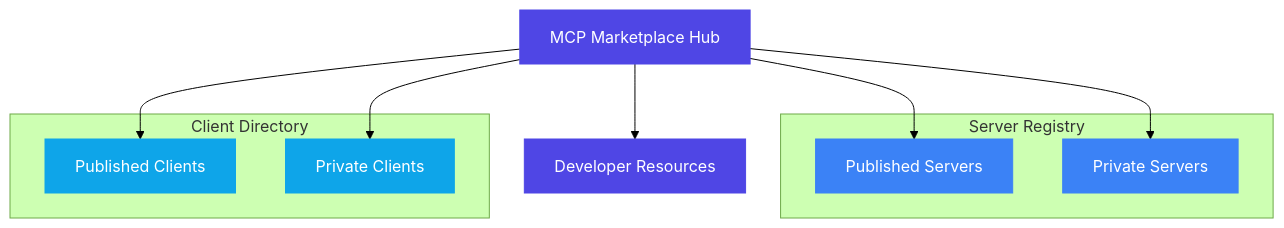
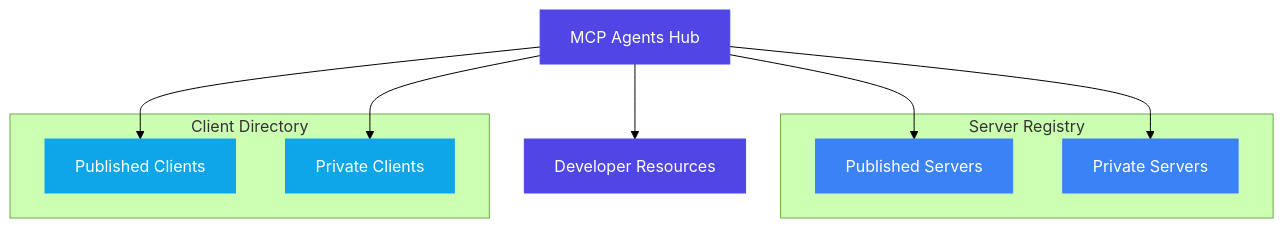
One commit to rajbos/mcp-agents-hub changed the second of 2 diagrams in README.md. Above: the diagram before and after it, drawn with Mermaid (forest theme). The commit also changed other lines of this file, not shown here.

````diff
--- a/README.md
+++ b/README.md
@@ -78,28 +78,28 @@
 ```mermaid
 graph TD
-    M[MCP Marketplace Hub]
+    M[MCP Agents Hub]
     
     subgraph "Server Registry"
         S1[Published Servers]
         S2[Private Servers]
     end
     
     subgraph "Client Directory"
         C1[Published Clients]
         C2[Private Clients]
     end
     
     M --> S1
     M --> S2
     M --> C1
     M --> C2
     M --> M3[Developer Resources]
     
     classDef marketplace fill:#4f46e5,stroke:#4f46e5,color:white;
     classDef servers fill:#3b82f6,stroke:#3b82f6,color:white;
     classDef clients fill:#0ea5e9,stroke:#0ea5e9,color:white;
     
     class M,M3 marketplace;
     class S1,S2 servers;
     class C1,C2 clients;
 ```
````
